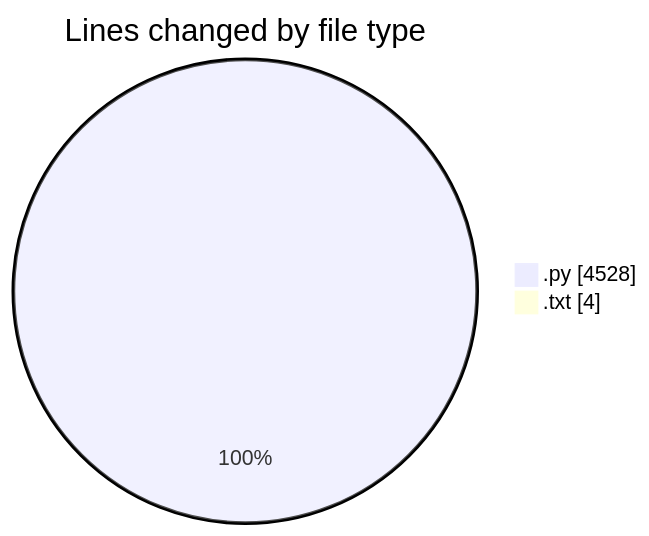
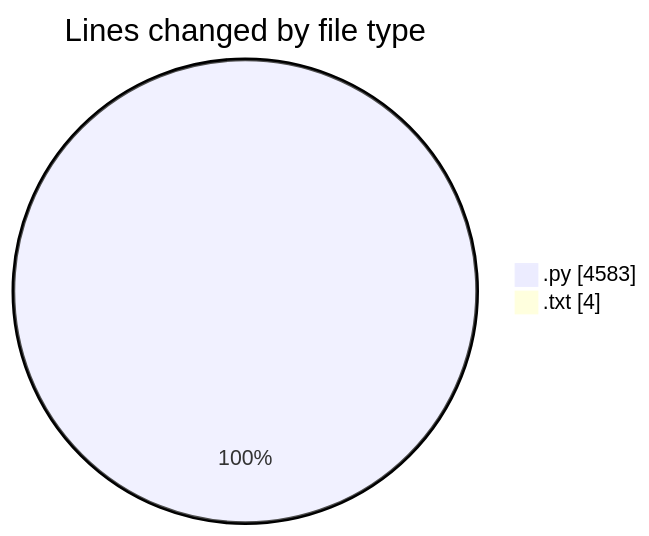
The first of 2 diagrams in 2025-06-01/video_app/README.md (CELIANVF/code-tracking), drawn with Mermaid before and after one commit. The commit also changed other lines of this file and 1 other file, not shown here.

````diff
--- a/2025-06-01/video_app/README.md
+++ b/2025-06-01/video_app/README.md
@@ -29,6 +29,6 @@
 ```mermaid
 pie showData
 title Lines changed by file type
-".py" : 4528
+".py" : 4583
 ".txt" : 4
 ```
````
